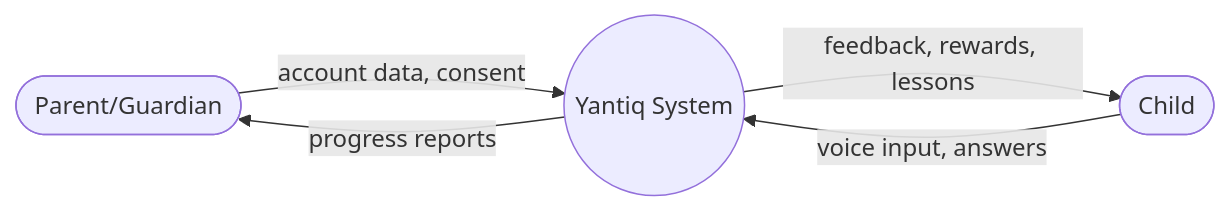
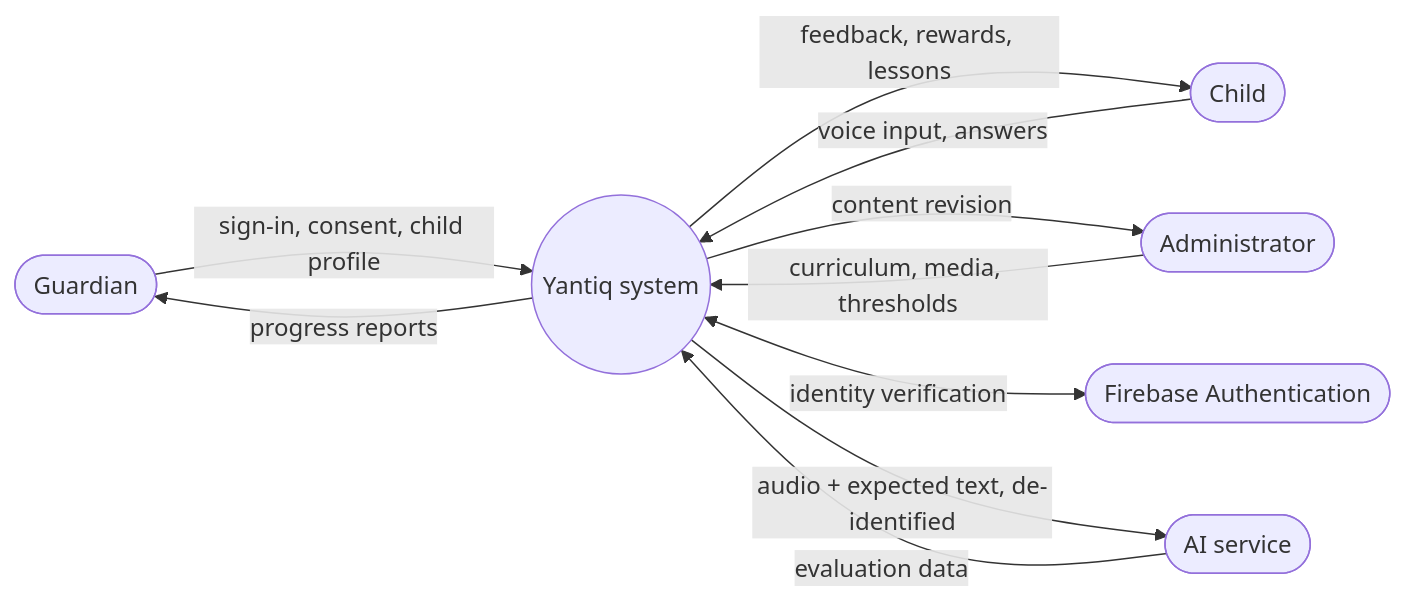
One commit to MohamedMaged9258/Yantiq changed diagram 13 of 20 in docs/architecture/diagrams.md. Above: the diagram before and after it, drawn with Mermaid. The commit also changed other lines of this file, not shown here.

First line of the commit message:
docs: rewrite architecture diagrams against the Phase 0 baseline

````diff
--- a/docs/architecture/diagrams.md
+++ b/docs/architecture/diagrams.md
@@ -445,7 +648,12 @@
 ```mermaid
 flowchart LR
-    P(["Parent/Guardian"]) -- "account data, consent" --> S((Yantiq System))
+    P(["Guardian"]) -- "sign-in, consent, child profile" --> S((Yantiq system))
     C(["Child"]) -- "voice input, answers" --> S
+    AD(["Administrator"]) -- "curriculum, media, thresholds" --> S
     S -- "feedback, rewards, lessons" --> C
     S -- "progress reports" --> P
+    S -- "content revision" --> AD
+    S <-- "identity verification" --> FB(["Firebase Authentication"])
+    S -- "audio + expected text, de-identified" --> AI(["AI service"])
+    AI -- "evaluation data" --> S
 ```
````
